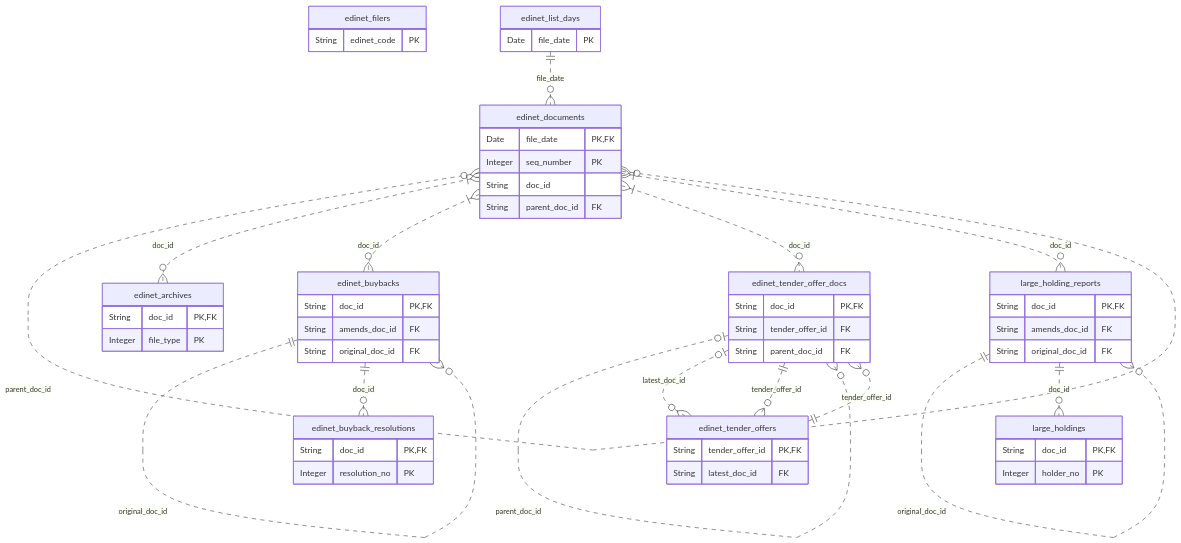
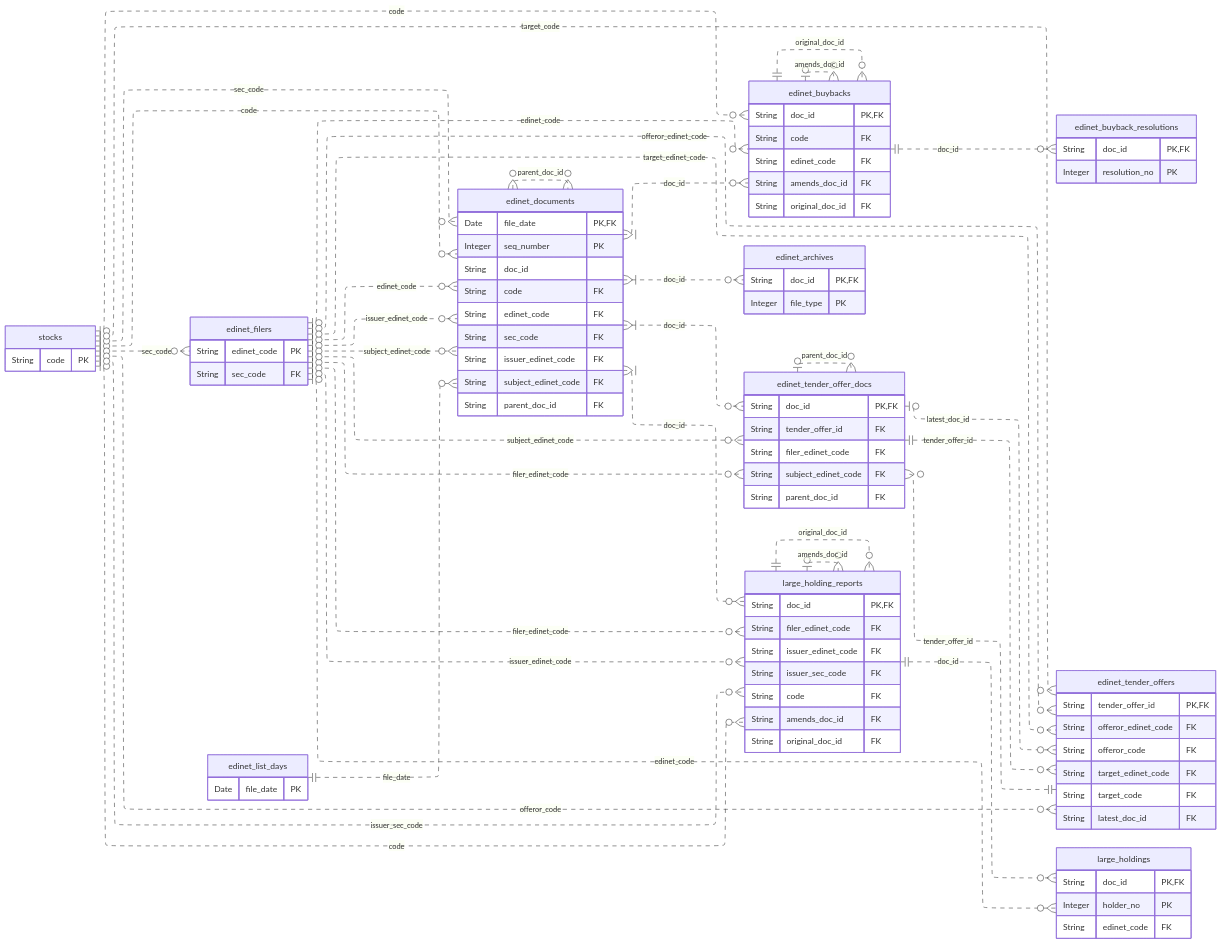
The diagram in docs/schema/edinet.md (pekumirui/stock-analyzer), drawn with Mermaid before and after one commit. The commit also changed other lines of this file and 10 other files, not shown here.

First line of the commit message:
improve(KAB-495): ER 図に全部の参照を線で出し、並べ方を ELK の横向きにする

````diff
--- a/docs/schema/edinet.md
+++ b/docs/schema/edinet.md
@@ -7,5 +7,10 @@
 ```mermaid
+---
+config:
+  layout: elk
+---
 erDiagram
+  direction LR
   edinet_archives {
     String doc_id PK, FK
     Integer file_type PK
@@ -16,6 +21,8 @@
   }
   edinet_buybacks {
     String doc_id PK, FK
+    String code FK
+    String edinet_code FK
     String amends_doc_id FK
     String original_doc_id FK
   }
@@ -23,10 +30,16 @@
     Date file_date PK, FK
     Integer seq_number PK
     String doc_id 
+    String code FK
+    String edinet_code FK
+    String sec_code FK
+    String issuer_edinet_code FK
+    String subject_edinet_code FK
     String parent_doc_id FK
   }
   edinet_filers {
     String edinet_code PK
+    String sec_code FK
   }
   edinet_list_days {
     Date file_date PK
@@ -34,20 +47,34 @@
   edinet_tender_offer_docs {
     String doc_id PK, FK
     String tender_offer_id FK
+    String filer_edinet_code FK
+    String subject_edinet_code FK
     String parent_doc_id FK
   }
   edinet_tender_offers {
     String tender_offer_id PK, FK
+    String offeror_edinet_code FK
+    String offeror_code FK
+    String target_edinet_code FK
+    String target_code FK
     String latest_doc_id FK
   }
   large_holding_reports {
     String doc_id PK, FK
+    String filer_edinet_code FK
+    String issuer_edinet_code FK
+    String issuer_sec_code FK
+    String code FK
     String amends_doc_id FK
     String original_doc_id FK
   }
   large_holdings {
     String doc_id PK, FK
     Integer holder_no PK
+    String edinet_code FK
+  }
+  stocks {
+    String code PK
   }
   edinet_buybacks |o..o{ edinet_buybacks : amends_doc_id
   edinet_buybacks ||..o{ edinet_buyback_resolutions : doc_id
@@ -57,6 +84,17 @@
   edinet_documents }|..o{ edinet_buybacks : doc_id
   edinet_documents }|..o{ edinet_tender_offer_docs : doc_id
   edinet_documents }|..o{ large_holding_reports : doc_id
+  edinet_filers |o..o{ edinet_buybacks : edinet_code
+  edinet_filers |o..o{ edinet_documents : edinet_code
+  edinet_filers |o..o{ edinet_documents : issuer_edinet_code
+  edinet_filers |o..o{ edinet_documents : subject_edinet_code
+  edinet_filers |o..o{ edinet_tender_offer_docs : filer_edinet_code
+  edinet_filers |o..o{ edinet_tender_offer_docs : subject_edinet_code
+  edinet_filers |o..o{ edinet_tender_offers : offeror_edinet_code
+  edinet_filers |o..o{ edinet_tender_offers : target_edinet_code
+  edinet_filers |o..o{ large_holding_reports : filer_edinet_code
+  edinet_filers |o..o{ large_holding_reports : issuer_edinet_code
+  edinet_filers |o..o{ large_holdings : edinet_code
   edinet_list_days ||..o{ edinet_documents : file_date
   edinet_tender_offer_docs |o..o{ edinet_tender_offer_docs : parent_doc_id
   edinet_tender_offer_docs |o..o{ edinet_tender_offers : latest_doc_id
@@ -65,4 +103,12 @@
   large_holding_reports |o..o{ large_holding_reports : amends_doc_id
   large_holding_reports ||..o{ large_holding_reports : original_doc_id
   large_holding_reports ||..o{ large_holdings : doc_id
+  stocks |o..o{ edinet_buybacks : code
+  stocks |o..o{ edinet_documents : code
+  stocks |o..o{ edinet_documents : sec_code
+  stocks |o..o{ edinet_filers : sec_code
+  stocks |o..o{ edinet_tender_offers : offeror_code
+  stocks |o..o{ edinet_tender_offers : target_code
+  stocks |o..o{ large_holding_reports : code
+  stocks |o..o{ large_holding_reports : issuer_sec_code
 ```
````
